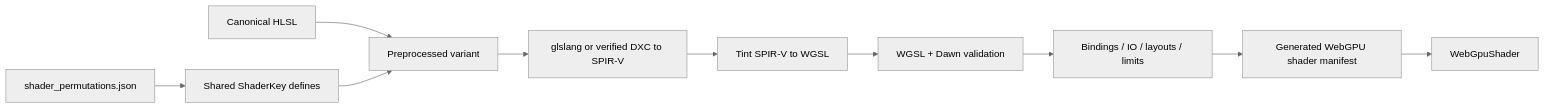
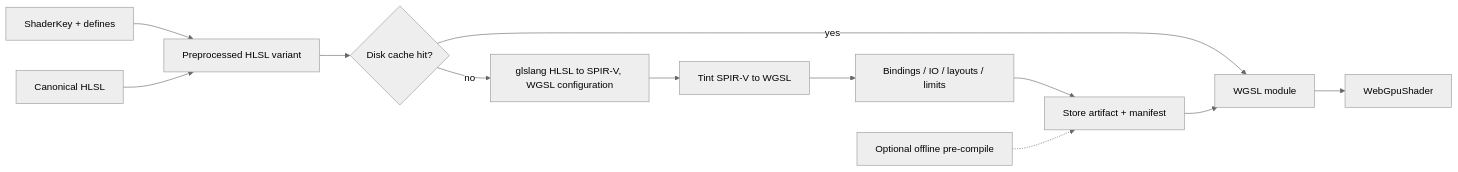
One commit to 0Camus0/T850 changed the sixth of 6 diagrams in documentation/rendering/proposal-webgpu.md. Above: the diagram before and after it, drawn with Mermaid (neutral theme). The commit also changed other lines of this file, not shown here.

````diff
--- a/documentation/rendering/proposal-webgpu.md
+++ b/documentation/rendering/proposal-webgpu.md
@@ -770,12 +895,14 @@
 ```mermaid
 flowchart LR
-  Permutations[shader_permutations.json] --> Defines[Shared ShaderKey defines]
-  HLSL[Canonical HLSL] --> Preprocess[Preprocessed variant]
-  Defines --> Preprocess
-  Preprocess --> SPIRV[glslang or verified DXC to SPIR-V]
+  Key[ShaderKey + defines] --> Preprocess[Preprocessed HLSL variant]
+  HLSL[Canonical HLSL] --> Preprocess
+  Preprocess --> CacheQ{Disk cache hit?}
+  CacheQ -- yes --> Module[WGSL module]
+  CacheQ -- no --> SPIRV[glslang HLSL to SPIR-V, WGSL configuration]
   SPIRV --> Tint[Tint SPIR-V to WGSL]
-  Tint --> Validate[WGSL + Dawn validation]
-  Validate --> Reflect[Bindings / IO / layouts / limits]
-  Reflect --> Manifest[Generated WebGPU shader manifest]
-  Manifest --> Runtime[WebGpuShader]
+  Tint --> Reflect[Bindings / IO / layouts / limits]
+  Reflect --> Store[Store artifact + manifest]
+  Store --> Module
+  Module --> Runtime[WebGpuShader]
+  Prewarm[Optional offline pre-compile] -.-> Store
 ```
````
